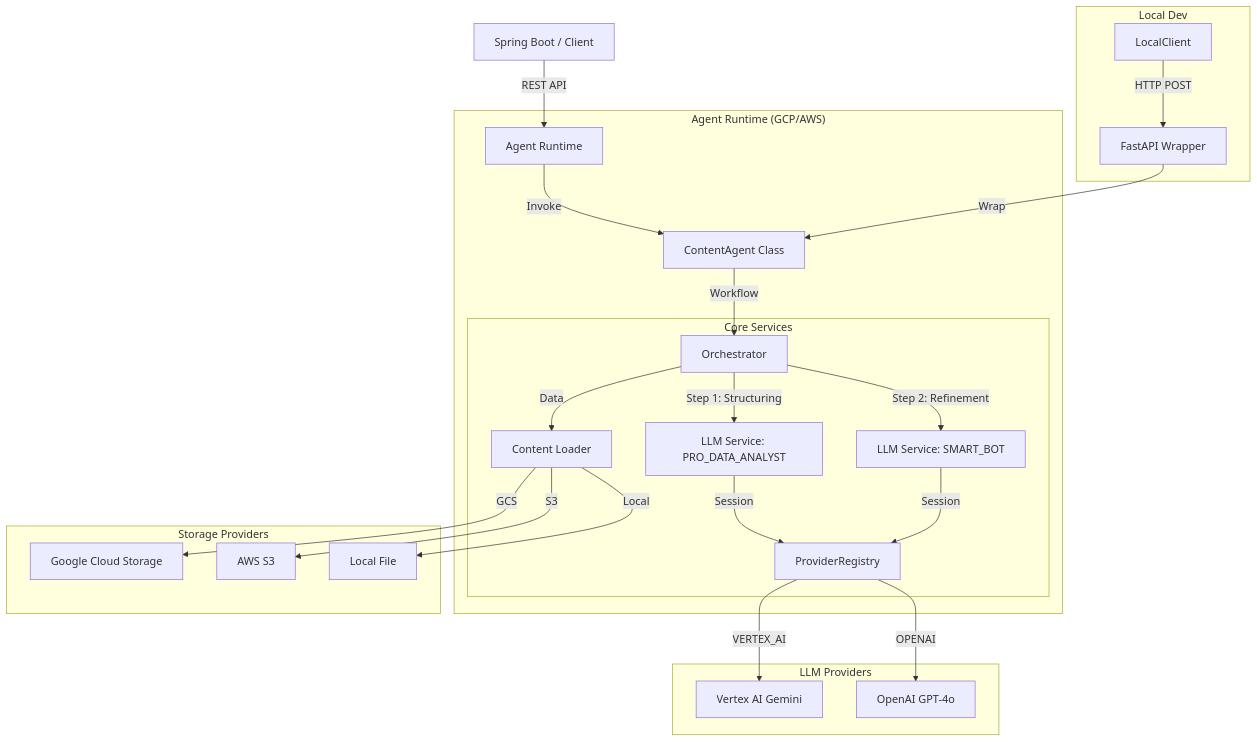
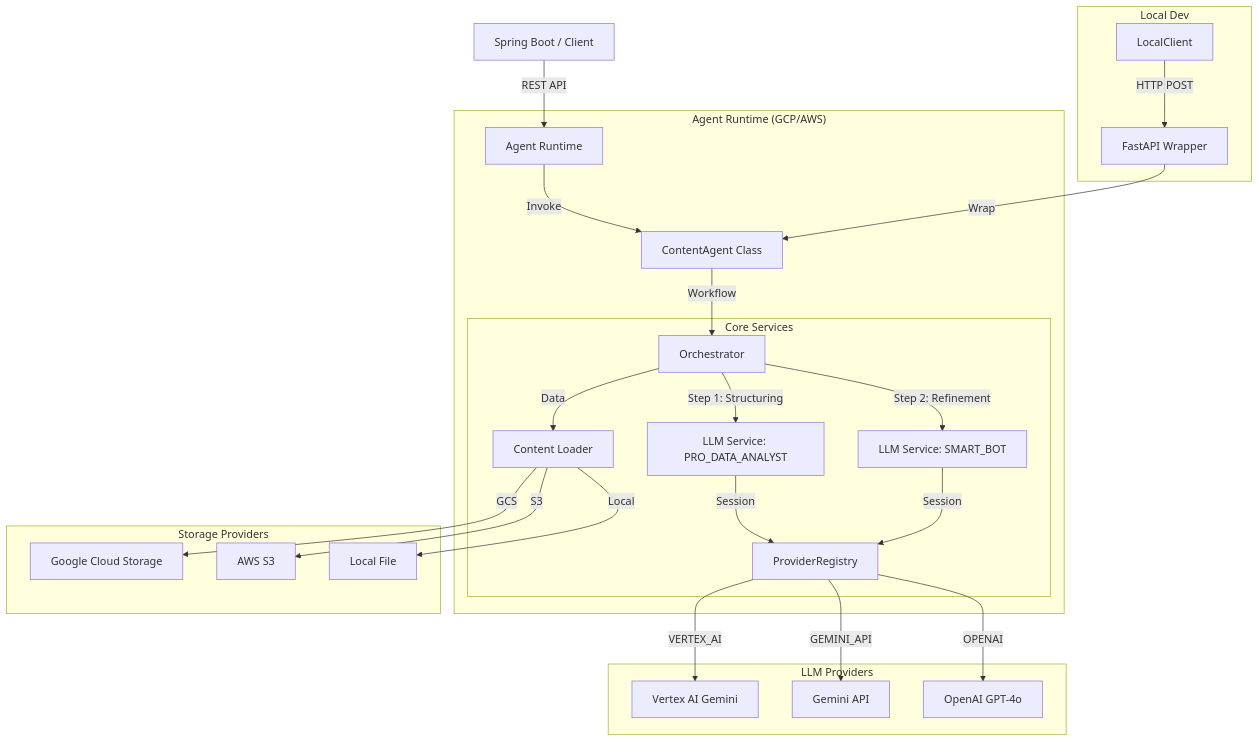
One commit to ParkKunSik/content-ai-agent changed the first of 2 diagrams in documents/architecture.md. Above: the diagram before and after it, drawn with Mermaid. The commit also changed other lines of this file and 18 other files, not shown here.

First line of the commit message:
[RWD-5339] Gemini API Provider 추가 및 Google GenAI 공통화

````diff
--- a/documents/architecture.md
+++ b/documents/architecture.md
@@ -14,32 +14,33 @@
 ```mermaid
 graph TD
     Client[Spring Boot / Client] -- "REST API" --> AE[Agent Runtime]
 
     subgraph "Agent Runtime (GCP/AWS)"
         AE -->|Invoke| Agent[ContentAgent Class]
         Agent -->|Workflow| Orch[Orchestrator]
 
         subgraph "Core Services"
             Orch -->|Step 1: Structuring| LLM1[LLM Service: PRO_DATA_ANALYST]
             Orch -->|Step 2: Refinement| LLM2[LLM Service: SMART_BOT]
             Orch -->|Data| Load[Content Loader]
             LLM1 & LLM2 -->|Session| Registry[ProviderRegistry]
         end
     end
 
     subgraph "LLM Providers"
         Registry -->|VERTEX_AI| Vertex[Vertex AI Gemini]
+        Registry -->|GEMINI_API| GeminiAPI[Gemini API]
         Registry -->|OPENAI| OpenAI[OpenAI GPT-4o]
     end
 
     subgraph "Storage Providers"
         Load -->|GCS| GCS[Google Cloud Storage]
         Load -->|S3| S3[AWS S3]
         Load -->|Local| Local[Local File]
     end
 
     subgraph "Local Dev"
         LocalClient -- "HTTP POST" --> Fast[FastAPI Wrapper]
         Fast -->|Wrap| Agent
     end
 ```
````
